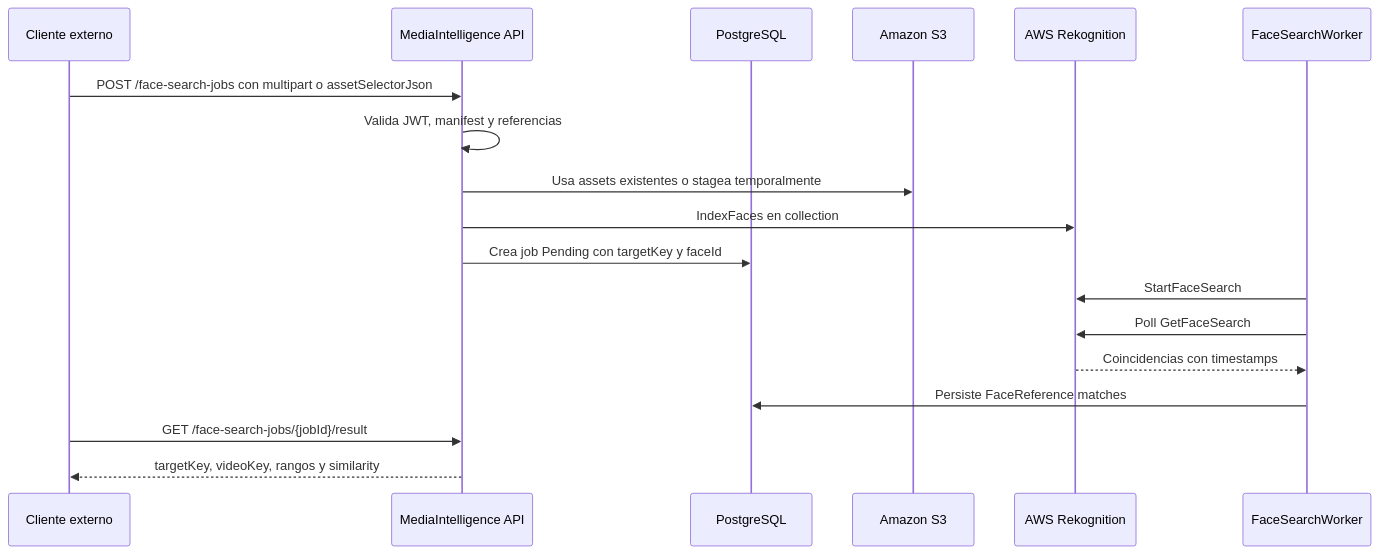
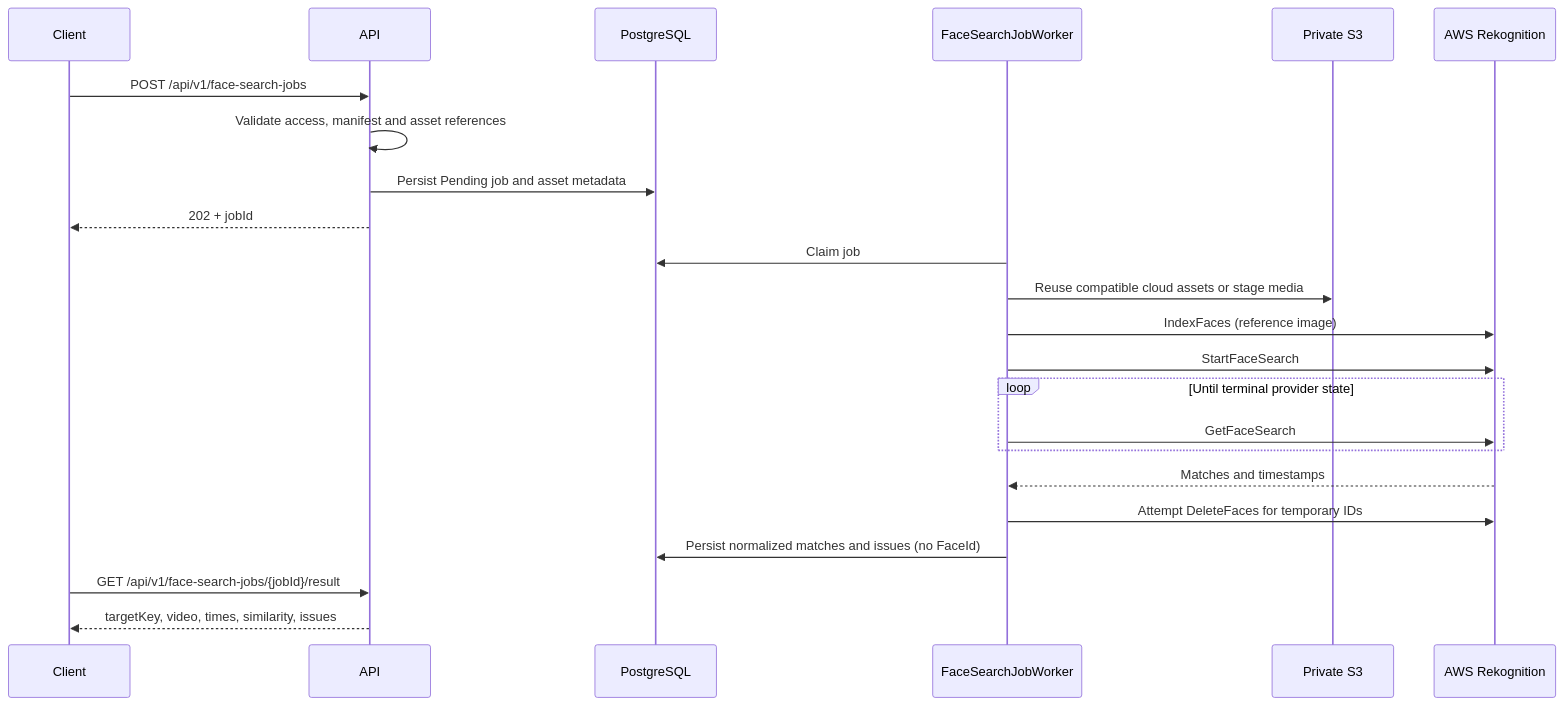
One commit to lokomurdok89/DeValpo.MediaIntelligence changed the second of 2 diagrams in docs/aws-rekognition-face-search.md. Above: the diagram before and after it, drawn with Mermaid. The commit also changed other lines of this file and 87 other files, not shown here.

````diff
--- a/docs/aws-rekognition-face-search.md
+++ b/docs/aws-rekognition-face-search.md
@@ -212,21 +258,25 @@
 ```mermaid
 sequenceDiagram
-    participant Client as Cliente externo
-    participant API as MediaIntelligence API
+    participant Client as Client
+    participant API as API
     participant DB as PostgreSQL
-    participant S3 as Amazon S3
+    participant Worker as FaceSearchJobWorker
+    participant S3 as Private S3
     participant Rek as AWS Rekognition
-    participant Worker as FaceSearchWorker
-
-    Client->>API: POST /face-search-jobs con multipart o assetSelectorJson
-    API->>API: Valida JWT, manifest y referencias
-    API->>S3: Usa assets existentes o stagea temporalmente
-    API->>Rek: IndexFaces en collection
-    API->>DB: Crea job Pending con targetKey y faceId
+    Client->>API: POST /api/v1/face-search-jobs
+    API->>API: Validate access, manifest and asset references
+    API->>DB: Persist Pending job and asset metadata
+    API-->>Client: 202 + jobId
+    Worker->>DB: Claim job
+    Worker->>S3: Reuse compatible cloud assets or stage media
+    Worker->>Rek: IndexFaces (reference image)
     Worker->>Rek: StartFaceSearch
-    Worker->>Rek: Poll GetFaceSearch
-    Rek-->>Worker: Coincidencias con timestamps
-    Worker->>DB: Persiste FaceReference matches
-    Client->>API: GET /face-search-jobs/{jobId}/result
-    API-->>Client: targetKey, videoKey, rangos y similarity
+    loop Until terminal provider state
+        Worker->>Rek: GetFaceSearch
+    end
+    Rek-->>Worker: Matches and timestamps
+    Worker->>Rek: Attempt DeleteFaces for temporary IDs
+    Worker->>DB: Persist normalized matches and issues (no FaceId)
+    Client->>API: GET /api/v1/face-search-jobs/{jobId}/result
+    API-->>Client: targetKey, video, times, similarity, issues
 ```
````
